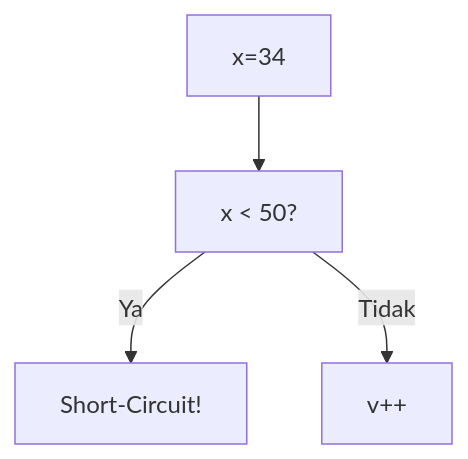
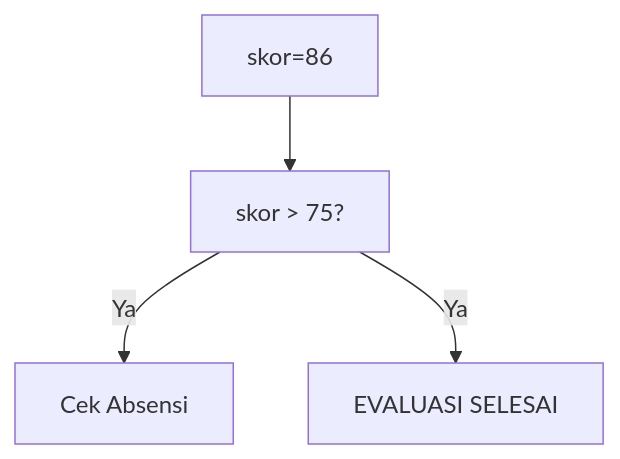
Before and after one commit to amnahwaida/OSNK_INF_PREP: the second of 25 diagrams in part-c-pemahaman-cpp/02-percabangan/latihan/set-06.md, drawn with Mermaid. The commit also changed other lines of this file and 71 other files, not shown here.

````diff
--- a/part-c-pemahaman-cpp/02-percabangan/latihan/set-06.md
+++ b/part-c-pemahaman-cpp/02-percabangan/latihan/set-06.md
@@ -49,6 +52,6 @@
 ```mermaid
 graph TD
-A["x=34"] --> B["x < 50?"]
-B -- Ya --> C["Short-Circuit!"]
-B -- Tidak --> D["v++"]
+A["skor=86"] --> B["skor > 75?"]
+B -- Ya --> C["Cek Absensi"]
+B -- Ya --> D["EVALUASI SELESAI"]
 ```
````
